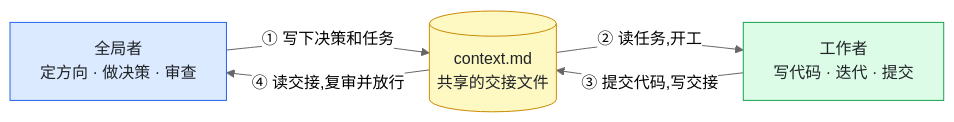
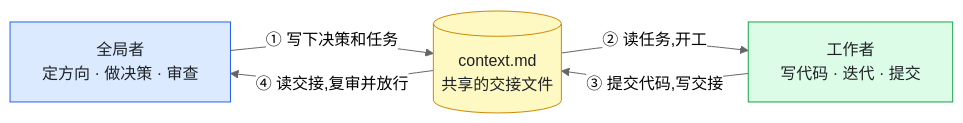
The second of 2 diagrams in README.md (Haven16262/dual-model-workflow), drawn with Mermaid (neutral theme) before and after one commit. The commit also changed other lines of this file and 2 other files, not shown here.

Commit message:
export: sync from private @ 5c1b345

````diff
--- a/README.md
+++ b/README.md
@@ -419,18 +420,19 @@
 ```mermaid
+%%{init: {"flowchart": {"padding": 16}}}%%
 flowchart LR
     O["全局者<br/>定方向 · 做决策 · 审查"]
     CTX[("context.md<br/>共享的交接文件")]
     W["工作者<br/>写代码 · 迭代 · 提交"]
 
     O -->|"① 写下决策和任务"| CTX
     CTX -->|"② 读任务,开工"| W
     W -->|"③ 提交代码,写交接"| CTX
     CTX -->|"④ 读交接,复审并放行"| O
 
     classDef overseer fill:#dbeafe,stroke:#2563eb,color:#1f2328
     classDef worker fill:#dcfce7,stroke:#16a34a,color:#1f2328
     classDef file fill:#fef9c3,stroke:#ca8a04,color:#1f2328
     class O overseer
     class W worker
     class CTX file
 ```
````
